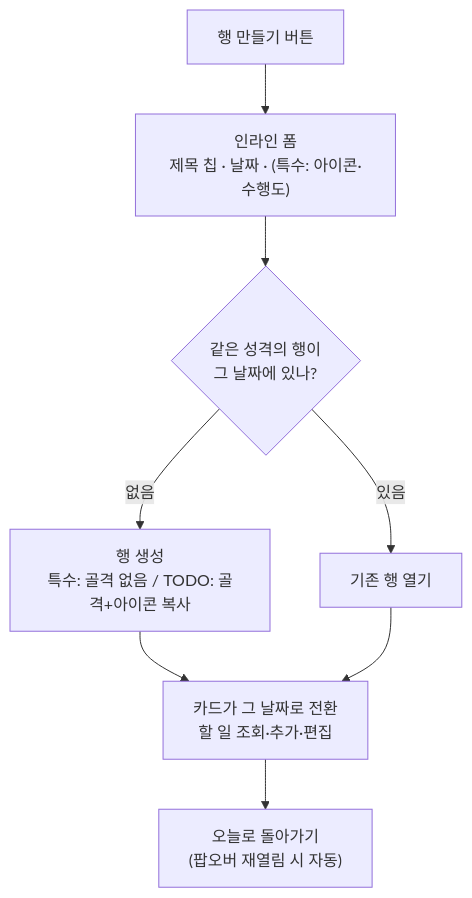
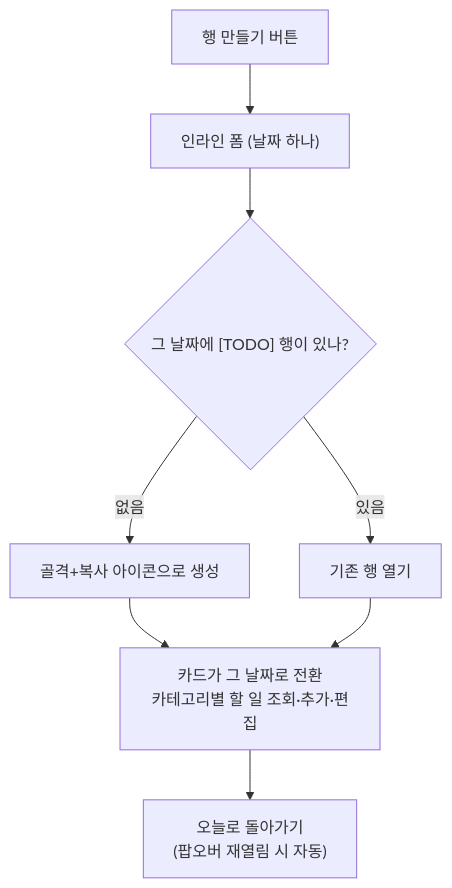
Before and after one commit to cgamja/individual-manager: the first of 2 diagrams in docs/plans/2026-08-09-004-feat-m2-row-create-card-plan.md, drawn with Mermaid. The commit also changed other lines of this file and 3 other files, not shown here.

````diff
--- a/docs/plans/2026-08-09-004-feat-m2-row-create-card-plan.md
+++ b/docs/plans/2026-08-09-004-feat-m2-row-create-card-plan.md
@@ -72,10 +71,10 @@
 ```mermaid
 flowchart TB
-  A["행 만들기 버튼"] --> B["인라인 폼<br/>제목 칩 · 날짜 · (특수: 아이콘·수행도)"]
-  B --> C{"같은 성격의 행이<br/>그 날짜에 있나?"}
-  C -->|없음| D["행 생성<br/>특수: 골격 없음 / TODO: 골격+아이콘 복사"]
+  A["행 만들기 버튼"] --> B["인라인 폼 (날짜 하나)"]
+  B --> C{"그 날짜에 [TODO] 행이 있나?"}
+  C -->|없음| D["골격+복사 아이콘으로 생성"]
   C -->|있음| E["기존 행 열기"]
-  D --> F["카드가 그 날짜로 전환<br/>할 일 조회·추가·편집"]
+  D --> F["카드가 그 날짜로 전환<br/>카테고리별 할 일 조회·추가·편집"]
   E --> F
   F --> G["오늘로 돌아가기<br/>(팝오버 재열림 시 자동)"]
 ```
````
